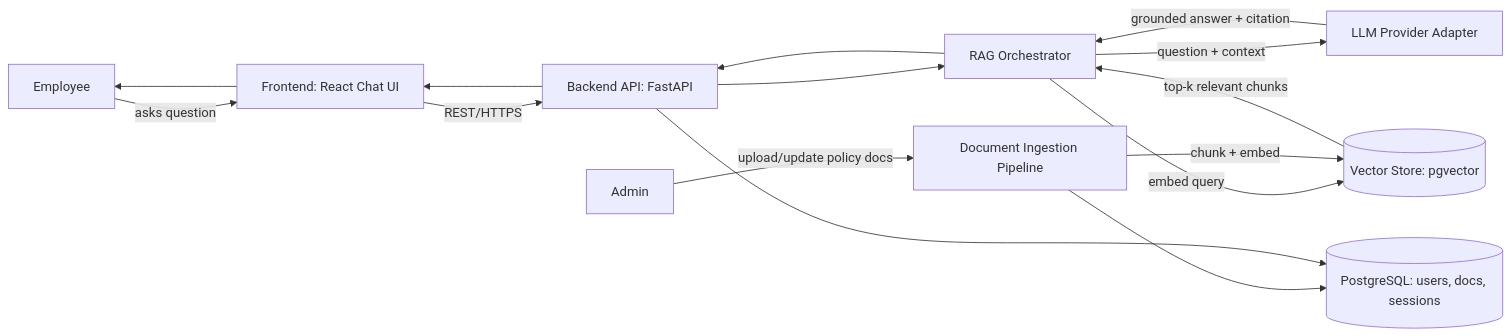
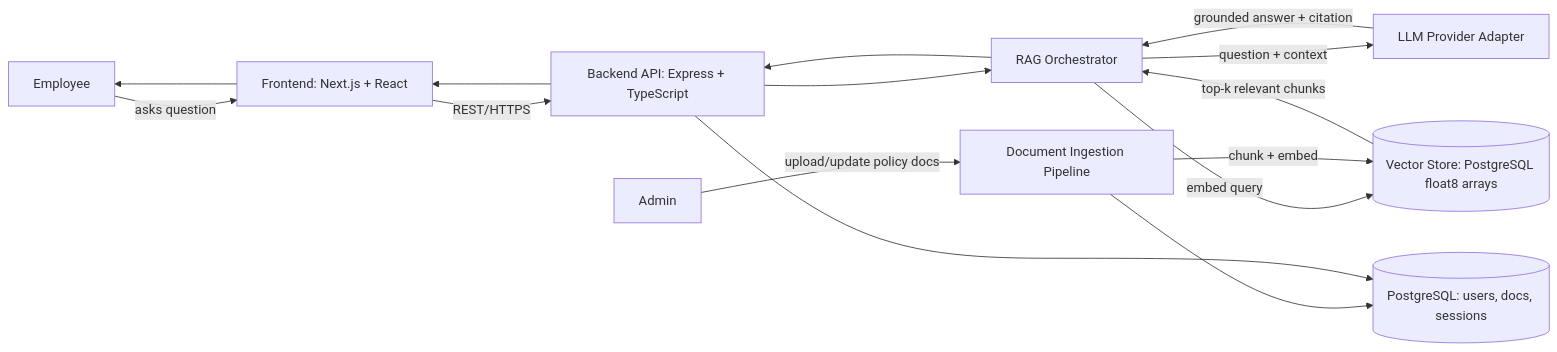
Before and after one commit to Farhazprojects/HR-Policy-Q-A-Assistant: the diagram in docs/architecture/system-architecture.md, drawn with Mermaid. The commit also changed other lines of this file and 125 other files, not shown here.

````diff
--- a/docs/architecture/system-architecture.md
+++ b/docs/architecture/system-architecture.md
@@ -5,18 +5,18 @@
 ```mermaid
 flowchart LR
-    U[Employee] -->|asks question| FE[Frontend: React Chat UI]
-    FE -->|REST/HTTPS| API[Backend API: FastAPI]
+    U[Employee] -->|asks question| FE[Frontend: Next.js + React]
+    FE -->|REST/HTTPS| API[Backend API: Express + TypeScript]
     API --> ORCH[RAG Orchestrator]
-    ORCH -->|embed query| VS[(Vector Store: pgvector)]
+    ORCH -->|embed query| VS[(Vector Store: PostgreSQL float8 arrays)]
     VS -->|top-k relevant chunks| ORCH
     ORCH -->|question + context| LLM[LLM Provider Adapter]
     LLM -->|grounded answer + citation| ORCH
     ORCH --> API
     API --> FE
     FE --> U
 
     ADMIN[Admin] -->|upload/update policy docs| ING[Document Ingestion Pipeline]
     ING -->|chunk + embed| VS
     ING --> DB[(PostgreSQL: users, docs, sessions)]
     API --> DB
 ```
````
